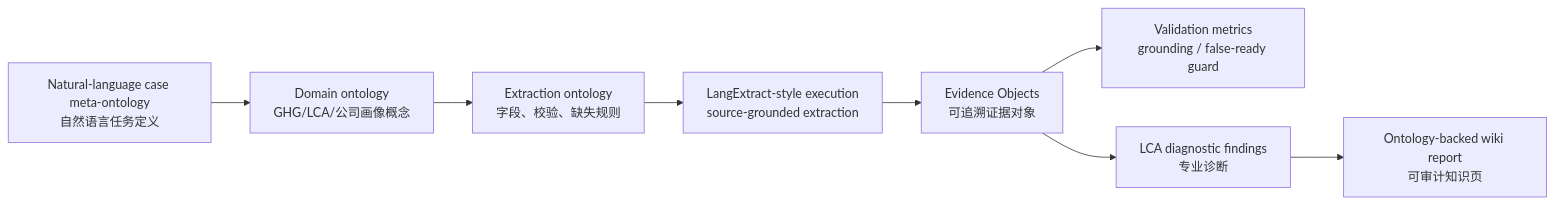
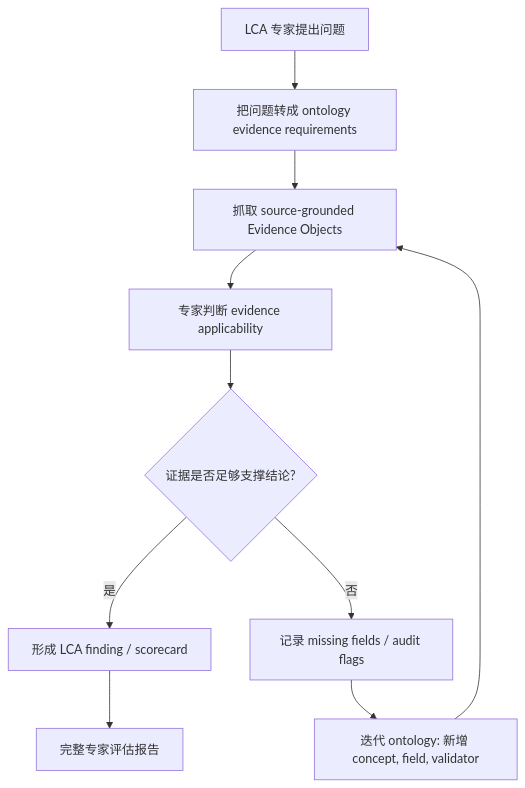
One commit to Yvnminc/SiliWiki changed the diagram in content/wikis/valmet-lca-ontology-case-study/content.md. Above: the diagram before and after it, drawn with Mermaid. The commit also changed other lines of this file and 3 other files, not shown here.

Commit message:
Reframe Valmet case as LCA expert assessment

````diff
--- a/content/wikis/valmet-lca-ontology-case-study/content.md
+++ b/content/wikis/valmet-lca-ontology-case-study/content.md
@@ -20,10 +44,12 @@
 ```mermaid
-flowchart LR
-  A[Natural-language case meta-ontology<br/>自然语言任务定义] --> B[Domain ontology<br/>GHG/LCA/公司画像概念]
-  B --> C[Extraction ontology<br/>字段、校验、缺失规则]
-  C --> D[LangExtract-style execution<br/>source-grounded extraction]
-  D --> E[Evidence Objects<br/>可追溯证据对象]
-  E --> F[Validation metrics<br/>grounding / false-ready guard]
-  E --> G[LCA diagnostic findings<br/>专业诊断]
-  G --> H[Ontology-backed wiki report<br/>可审计知识页]
+flowchart TD
+  A[LCA 专家提出问题] --> B[把问题转成 ontology evidence requirements]
+  B --> C[抓取 source-grounded Evidence Objects]
+  C --> D[专家判断 evidence applicability]
+  D --> E{证据是否足够支撑结论?}
+  E -- 是 --> F[形成 LCA finding / scorecard]
+  E -- 否 --> G[记录 missing fields / audit flags]
+  G --> H[迭代 ontology: 新增 concept, field, validator]
+  H --> C
+  F --> I[完整专家评估报告]
 ```
````
